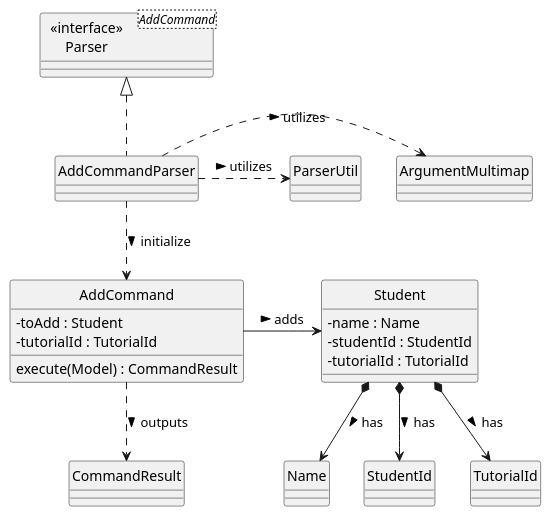
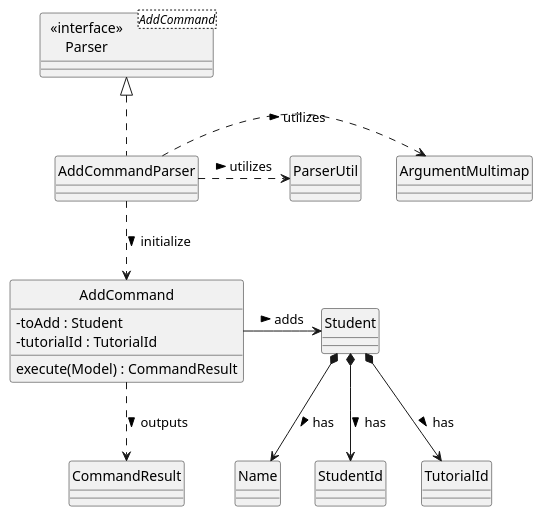
One commit to Fui03/tp changed the diagram in diagrams/AddFeatureClassDiagram.puml. Above: the diagram before and after it, drawn with PlantUML. The commit also changed 39 other files, not shown here.

```diff
--- a/diagrams/AddFeatureClassDiagram.puml
+++ b/diagrams/AddFeatureClassDiagram.puml
@@ -1,41 +1,38 @@
 @startuml
 hide circle
 skinparam classAttributeIconSize 0
 
 Class "  <<interface>>  \nParser" as Parser<AddCommand>
 Class AddCommandParser
 
 Class AddCommand {
   -toAdd : Student
   -tutorialId : TutorialId
   execute(Model) : CommandResult
 }
 Class CommandResult
 
 Class ArgumentMultimap
 Class ParserUtil
 
 Class Student {
-  -name : Name
-  -studentId : StudentId
-  -tutorialId : TutorialId
 }
 Class Name
 Class StudentId
 Class TutorialId
 
 AddCommandParser .up.|> Parser
 
 AddCommandParser .down.> AddCommand: initialize >
 AddCommandParser .right.> ArgumentMultimap: utilizes >
 AddCommandParser .right.> ParserUtil: utilizes >
 
 AddCommand .down.> CommandResult: outputs >
 
 
 AddCommand -right-> Student: adds >
 Student *-down-> Name: has >
 Student *-down-> StudentId: has >
 Student *-down-> TutorialId: has >
 
 @enduml
```
